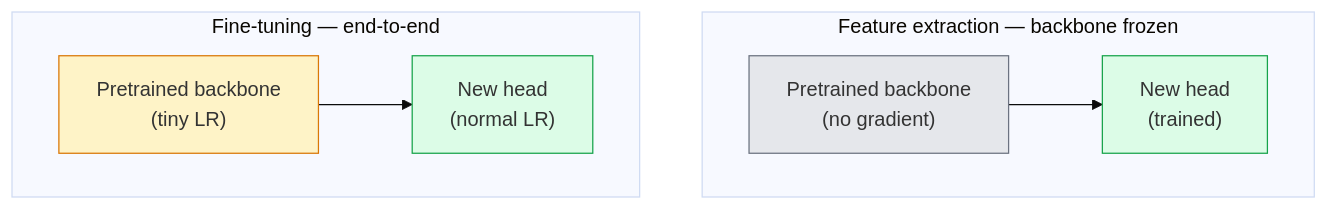
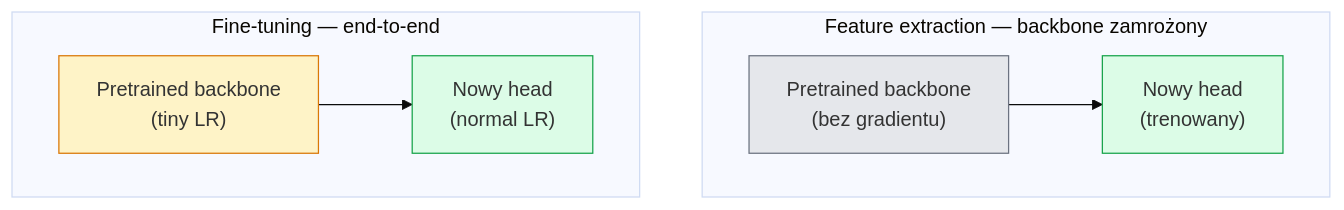
Before and after one commit to hublorx/ai-engineering-from-scratch: the diagram in phases/04-computer-vision/05-transfer-learning/docs/en.md, drawn with Mermaid (base theme). The commit also changed other lines of this file and 27 other files, not shown here.

````diff
--- a/phases/04-computer-vision/05-transfer-learning/docs/en.md
+++ b/phases/04-computer-vision/05-transfer-learning/docs/en.md
@@ -31,14 +31,14 @@
 ```mermaid
 flowchart TB
-    subgraph FE["Feature extraction — backbone frozen"]
-        FE1["Pretrained backbone<br/>(no gradient)"] --> FE2["New head<br/>(trained)"]
+    subgraph FE["Feature extraction — backbone zamrożony"]
+        FE1["Pretrained backbone<br/>(bez gradientu)"] --> FE2["Nowy head<br/>(trenowany)"]
     end
     subgraph FT["Fine-tuning — end-to-end"]
-        FT1["Pretrained backbone<br/>(tiny LR)"] --> FT2["New head<br/>(normal LR)"]
+        FT1["Pretrained backbone<br/>(tiny LR)"] --> FT2["Nowy head<br/>(normal LR)"]
     end
 
     style FE1 fill:#e5e7eb,stroke:#6b7280
     style FE2 fill:#dcfce7,stroke:#16a34a
     style FT1 fill:#fef3c7,stroke:#d97706
     style FT2 fill:#dcfce7,stroke:#16a34a
 ```
````
